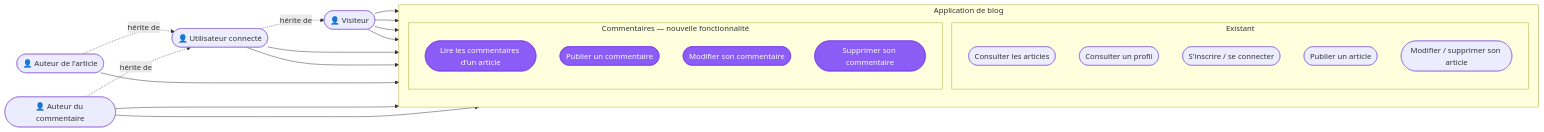
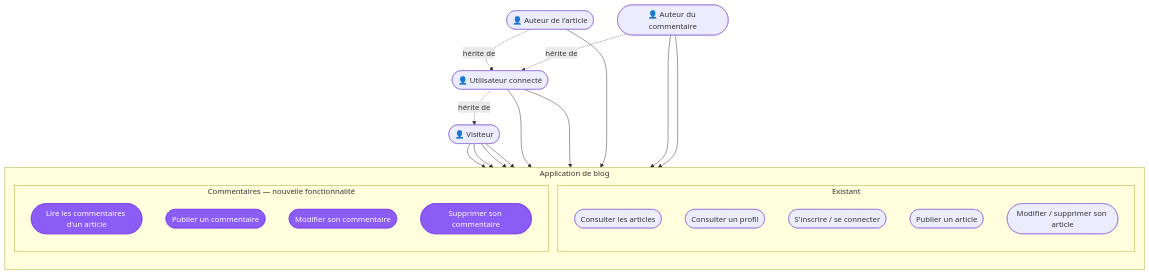
Before and after one commit to GautierDeMo/bloc-3-exam-blanc: the second of 3 diagrams in docs/modelisation.md, drawn with Mermaid.

Commit message:
docs: switch use case diagram to vertical layout

````diff
--- a/docs/modelisation.md
+++ b/docs/modelisation.md
@@ -74,41 +74,41 @@
 ```mermaid
-flowchart LR
+flowchart TB
     V(["👤 Visiteur"])
     U(["👤 Utilisateur connecté"])
     AA(["👤 Auteur de l'article"])
     A(["👤 Auteur du commentaire"])
 
     U -.->|hérite de| V
     AA -.->|hérite de| U
     A -.->|hérite de| U
 
     subgraph Blog["Application de blog"]
         direction TB
         subgraph Existing["Existant"]
             UC1(["Consulter les articles"])
             UC2(["Consulter un profil"])
             UC3(["S'inscrire / se connecter"])
             UC4(["Publier un article"])
             UC9(["Modifier / supprimer son article"])
         end
         subgraph Comments["Commentaires — nouvelle fonctionnalité"]
             UC5(["Lire les commentaires d'un article"])
             UC6(["Publier un commentaire"])
             UC7(["Modifier son commentaire"])
             UC8(["Supprimer son commentaire"])
         end
     end
 
     V --> UC1
     V --> UC2
     V --> UC3
     V --> UC5
     U --> UC4
     U --> UC6
     AA --> UC9
     A --> UC7
     A --> UC8
 
     classDef feature fill:#8b5cf6,stroke:#7c3aed,color:#fff
     class UC5,UC6,UC7,UC8 feature
 ```
````
